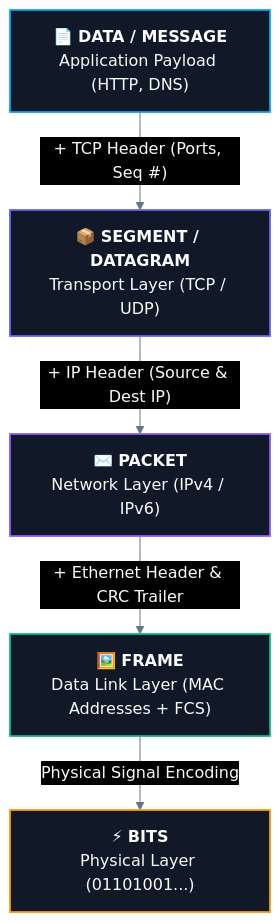
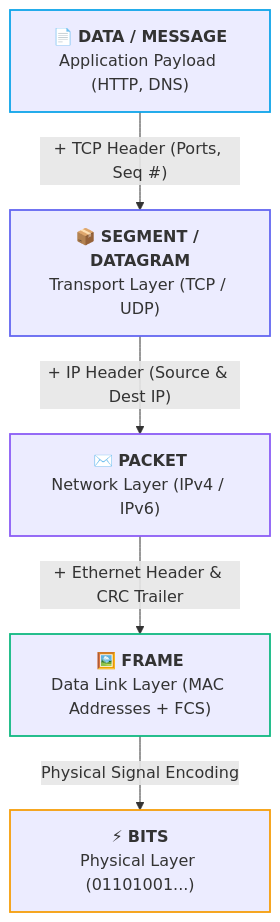
One commit to abhinavbharti2345/CS_Notes changed the second of 3 diagrams in CS/Computer Networking/01. Architecture & Fundamentals/06. OSI vs TCP-IP Model.md. Above: the diagram before and after it, drawn with Mermaid. The commit also changed other lines of this file and 91 other files, not shown here.

````diff
--- a/CS/Computer Networking/01. Architecture & Fundamentals/06. OSI vs TCP-IP Model.md
+++ b/CS/Computer Networking/01. Architecture & Fundamentals/06. OSI vs TCP-IP Model.md
@@ -108,21 +106,20 @@
 ```mermaid
-%%{init: {'theme': 'base', 'themeVariables': { 'darkMode': true, 'background': '#0B0F14', 'mainBkg': '#111827', 'primaryColor': '#111827', 'primaryTextColor': '#F8FAFC', 'primaryBorderColor': '#38BDF8', 'lineColor': '#64748B', 'secondaryColor': '#0B0F14', 'tertiaryColor': '#0B0F14', 'clusterBkg': '#0B0F14', 'clusterBorder': '#38BDF8' }}}%%
 flowchart TD
     PDU1["📄 <b>DATA / MESSAGE</b><br/>Application Payload (HTTP, DNS)"]
     -->|"+ TCP Header (Ports, Seq #)"| PDU2["📦 <b>SEGMENT / DATAGRAM</b><br/>Transport Layer (TCP / UDP)"]
     -->|"+ IP Header (Source & Dest IP)"| PDU3["✉️ <b>PACKET</b><br/>Network Layer (IPv4 / IPv6)"]
     -->|"+ Ethernet Header & CRC Trailer"| PDU4["🖼️ <b>FRAME</b><br/>Data Link Layer (MAC Addresses + FCS)"]
     -->|"Physical Signal Encoding"| PDU5["⚡ <b>BITS</b><br/>Physical Layer (01101001...)"]
 
-    classDef pdu1 fill:#111827,stroke:#0ea5e9,stroke-width:1.8px,color:#F8FAFC;
-    classDef pdu2 fill:#111827,stroke:#6366f1,stroke-width:1.8px,color:#F8FAFC;
-    classDef pdu3 fill:#111827,stroke:#8b5cf6,stroke-width:1.8px,color:#F8FAFC;
-    classDef pdu4 fill:#111827,stroke:#10b981,stroke-width:1.8px,color:#F8FAFC;
-    classDef pdu5 fill:#111827,stroke:#f59e0b,stroke-width:1.8px,color:#F8FAFC;
+    classDef pdu1 stroke:#0ea5e9,stroke-width:1.8px;
+    classDef pdu2 stroke:#6366f1,stroke-width:1.8px;
+    classDef pdu3 stroke:#8b5cf6,stroke-width:1.8px;
+    classDef pdu4 stroke:#10b981,stroke-width:1.8px;
+    classDef pdu5 stroke:#f59e0b,stroke-width:1.8px;
     
     class PDU1 pdu1;
     class PDU2 pdu2;
     class PDU3 pdu3;
     class PDU4 pdu4;
     class PDU5 pdu5;
 ```
````
